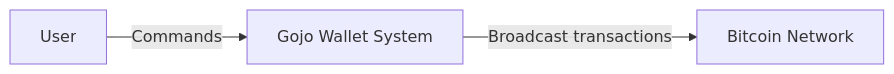
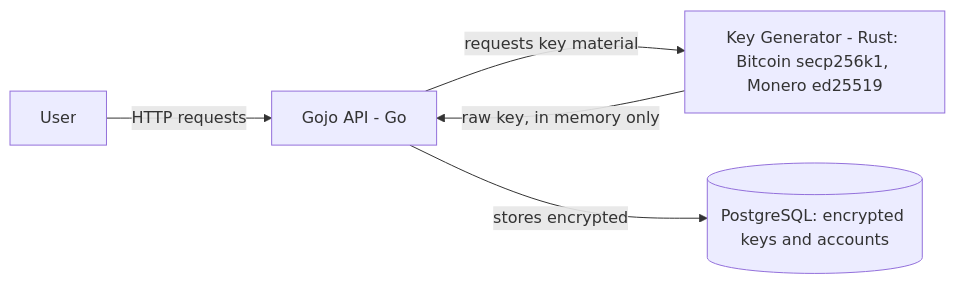
The diagram in docs/architecture-context.md (0x11semprez/gojo), drawn with Mermaid before and after one commit. The commit also changed 18 other files, not shown here.

````diff
--- a/docs/architecture-context.md
+++ b/docs/architecture-context.md
@@ -1,13 +1,19 @@
 ```mermaid
 flowchart LR
 
 User[User]
 
-System[Gojo Wallet System]
+API[Gojo API - Go]
 
-Bitcoin[Bitcoin Network]
+Generator[Key Generator - Rust: Bitcoin secp256k1, Monero ed25519]
 
-User -->|Commands| System
+DB[(PostgreSQL: encrypted keys and accounts)]
 
-System -->|Broadcast transactions| Bitcoin
+User -->|HTTP requests| API
+
+API -->|requests key material| Generator
+
+Generator -->|raw key, in memory only| API
+
+API -->|stores encrypted| DB
 ```
````
